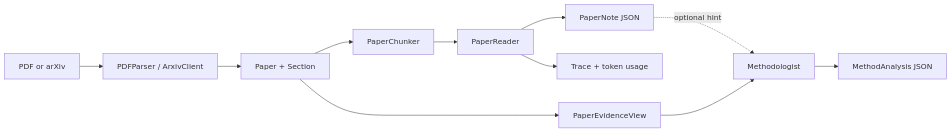
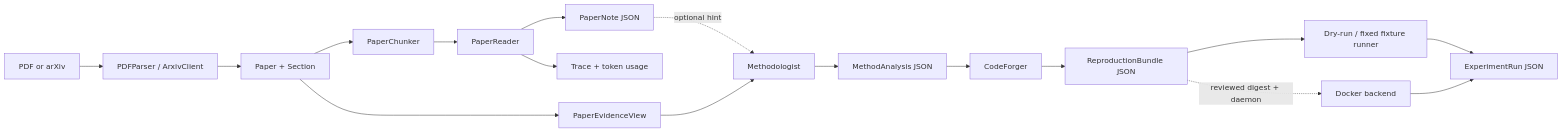
One commit to selfrestart/26Summer changed the first of 2 diagrams in repro-forge/docs/index.md. Above: the diagram before and after it, drawn with Mermaid. The commit also changed other lines of this file and 51 other files, not shown here.

````diff
--- a/repro-forge/docs/index.md
+++ b/repro-forge/docs/index.md
@@ -94,13 +103,19 @@
 ```mermaid
 flowchart LR
     INPUT[PDF or arXiv] --> PARSE[PDFParser / ArxivClient]
     PARSE --> PAPER[Paper + Section]
     PAPER --> CHUNK[PaperChunker]
     CHUNK --> READER[PaperReader]
     READER --> NOTE[PaperNote JSON]
     READER --> TRACE[Trace + token usage]
     PAPER --> EVIDENCE[PaperEvidenceView]
     NOTE -. optional hint .-> METHOD[Methodologist]
     EVIDENCE --> METHOD
     METHOD --> ANALYSIS[MethodAnalysis JSON]
+    ANALYSIS --> FORGER[CodeForger]
+    FORGER --> BUNDLE[ReproductionBundle JSON]
+    BUNDLE --> DRY[Dry-run / fixed fixture runner]
+    BUNDLE -. reviewed digest + daemon .-> DOCKER[Docker backend]
+    DRY --> RUN[ExperimentRun JSON]
+    DOCKER --> RUN
 ```
````
